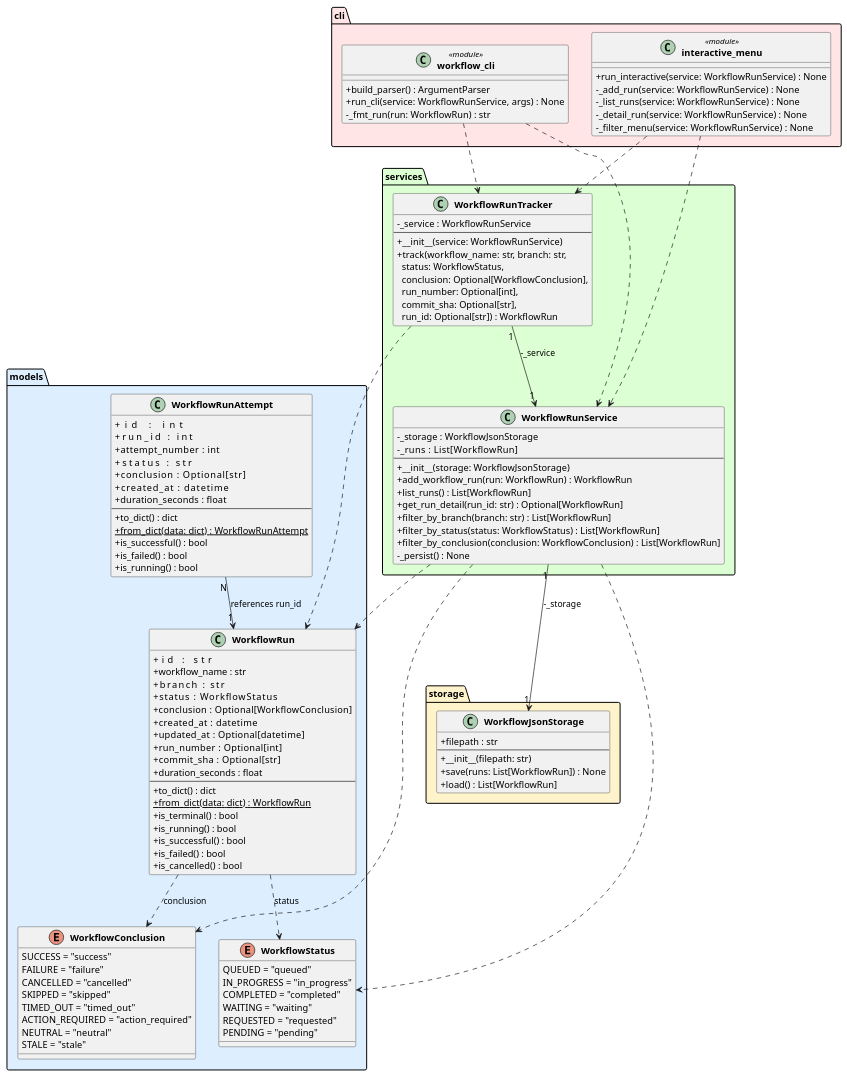
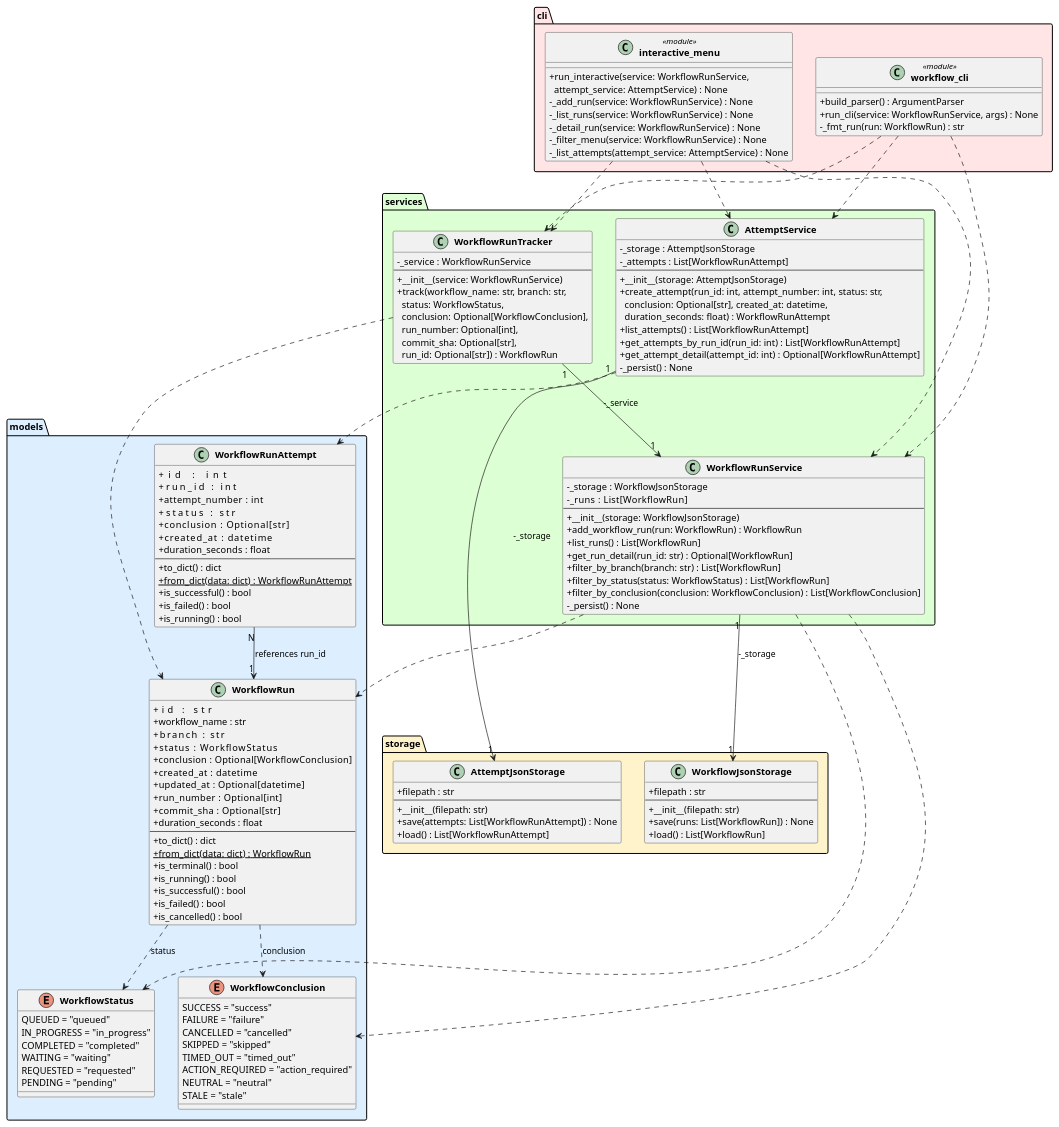
One commit to DanielRiha8906/Software_autoevolution_using_agents changed the diagram in experiments/supervisor_as_tools/structured_text/github-workflow-manager/artifacts/class_diagram.puml. Above: the diagram before and after it, drawn with PlantUML. The commit also changed 11 other files, not shown here.

```diff
--- a/experiments/supervisor_as_tools/structured_text/github-workflow-manager/artifacts/class_diagram.puml
+++ b/experiments/supervisor_as_tools/structured_text/github-workflow-manager/artifacts/class_diagram.puml
@@ -1,128 +1,153 @@
 @startuml class_diagram
 
 skinparam classAttributeIconSize 0
 skinparam classFontStyle bold
 
 package "models" #DDEEFF {
     enum WorkflowStatus {
         QUEUED = "queued"
         IN_PROGRESS = "in_progress"
         COMPLETED = "completed"
         WAITING = "waiting"
         REQUESTED = "requested"
         PENDING = "pending"
     }
 
     enum WorkflowConclusion {
         SUCCESS = "success"
         FAILURE = "failure"
         CANCELLED = "cancelled"
         SKIPPED = "skipped"
         TIMED_OUT = "timed_out"
         ACTION_REQUIRED = "action_required"
         NEUTRAL = "neutral"
         STALE = "stale"
     }
 
     class WorkflowRun {
         +id            : str
         +workflow_name : str
         +branch        : str
         +status        : WorkflowStatus
         +conclusion    : Optional[WorkflowConclusion]
         +created_at    : datetime
         +updated_at    : Optional[datetime]
         +run_number    : Optional[int]
         +commit_sha    : Optional[str]
         +duration_seconds : float
         --
         +to_dict() : dict
         +{static} from_dict(data: dict) : WorkflowRun
         +is_terminal() : bool
         +is_running() : bool
         +is_successful() : bool
         +is_failed() : bool
         +is_cancelled() : bool
     }
 
     class WorkflowRunAttempt {
         +id                : int
         +run_id            : int
         +attempt_number    : int
         +status            : str
         +conclusion        : Optional[str]
         +created_at        : datetime
         +duration_seconds  : float
         --
         +to_dict() : dict
         +{static} from_dict(data: dict) : WorkflowRunAttempt
         +is_successful() : bool
         +is_failed() : bool
         +is_running() : bool
     }
 }
 
 package "storage" #FFF3CC {
     class WorkflowJsonStorage {
         +filepath : str
         --
         +__init__(filepath: str)
         +save(runs: List[WorkflowRun]) : None
         +load() : List[WorkflowRun]
     }
+
+    class AttemptJsonStorage {
+        +filepath : str
+        --
+        +__init__(filepath: str)
+        +save(attempts: List[WorkflowRunAttempt]) : None
+        +load() : List[WorkflowRunAttempt]
+    }
 }
 
 package "services" #DDFFD4 {
     class WorkflowRunService {
         -_storage : WorkflowJsonStorage
         -_runs    : List[WorkflowRun]
         --
         +__init__(storage: WorkflowJsonStorage)
         +add_workflow_run(run: WorkflowRun) : WorkflowRun
         +list_runs() : List[WorkflowRun]
         +get_run_detail(run_id: str) : Optional[WorkflowRun]
         +filter_by_branch(branch: str) : List[WorkflowRun]
         +filter_by_status(status: WorkflowStatus) : List[WorkflowRun]
-        +filter_by_conclusion(conclusion: WorkflowConclusion) : List[WorkflowRun]
+        +filter_by_conclusion(conclusion: WorkflowConclusion) : List[WorkflowConclusion]
         -_persist() : None
     }
 
     class WorkflowRunTracker {
         -_service : WorkflowRunService
         --
         +__init__(service: WorkflowRunService)
         +track(workflow_name: str, branch: str,\n  status: WorkflowStatus,\n  conclusion: Optional[WorkflowConclusion],\n  run_number: Optional[int],\n  commit_sha: Optional[str],\n  run_id: Optional[str]) : WorkflowRun
+    }
+
+    class AttemptService {
+        -_storage : AttemptJsonStorage
+        -_attempts : List[WorkflowRunAttempt]
+        --
+        +__init__(storage: AttemptJsonStorage)
+        +create_attempt(run_id: int, attempt_number: int, status: str,\n  conclusion: Optional[str], created_at: datetime,\n  duration_seconds: float) : WorkflowRunAttempt
+        +list_attempts() : List[WorkflowRunAttempt]
+        +get_attempts_by_run_id(run_id: int) : List[WorkflowRunAttempt]
+        +get_attempt_detail(attempt_id: int) : Optional[WorkflowRunAttempt]
+        -_persist() : None
     }
 }
 
 package "cli" #FFE5E5 {
     class "workflow_cli" <<module>> {
         +build_parser() : ArgumentParser
         +run_cli(service: WorkflowRunService, args) : None
         -_fmt_run(run: WorkflowRun) : str
     }
 
     class "interactive_menu" <<module>> {
-        +run_interactive(service: WorkflowRunService) : None
+        +run_interactive(service: WorkflowRunService,\n  attempt_service: AttemptService) : None
         -_add_run(service: WorkflowRunService) : None
         -_list_runs(service: WorkflowRunService) : None
         -_detail_run(service: WorkflowRunService) : None
         -_filter_menu(service: WorkflowRunService) : None
+        -_list_attempts(attempt_service: AttemptService) : None
     }
 }
 
 WorkflowRun                ..>  WorkflowStatus        : status
 WorkflowRun                ..>  WorkflowConclusion    : conclusion
 WorkflowRunAttempt    "N" --> "1" WorkflowRun           : references run_id
 WorkflowRunService    "1" --> "1" WorkflowJsonStorage : -_storage
 WorkflowRunService         ..>  WorkflowRun
 WorkflowRunService         ..>  WorkflowStatus
 WorkflowRunService         ..>  WorkflowConclusion
 WorkflowRunTracker    "1" --> "1" WorkflowRunService  : -_service
 WorkflowRunTracker         ..>  WorkflowRun
+AttemptService       "1" --> "1" AttemptJsonStorage  : -_storage
+AttemptService            ..>  WorkflowRunAttempt
 "workflow_cli"             ..>  WorkflowRunService
 "workflow_cli"             ..>  WorkflowRunTracker
+"workflow_cli"             ..>  AttemptService
 "interactive_menu"         ..>  WorkflowRunService
 "interactive_menu"         ..>  WorkflowRunTracker
+"interactive_menu"         ..>  AttemptService
 
 @enduml
```
